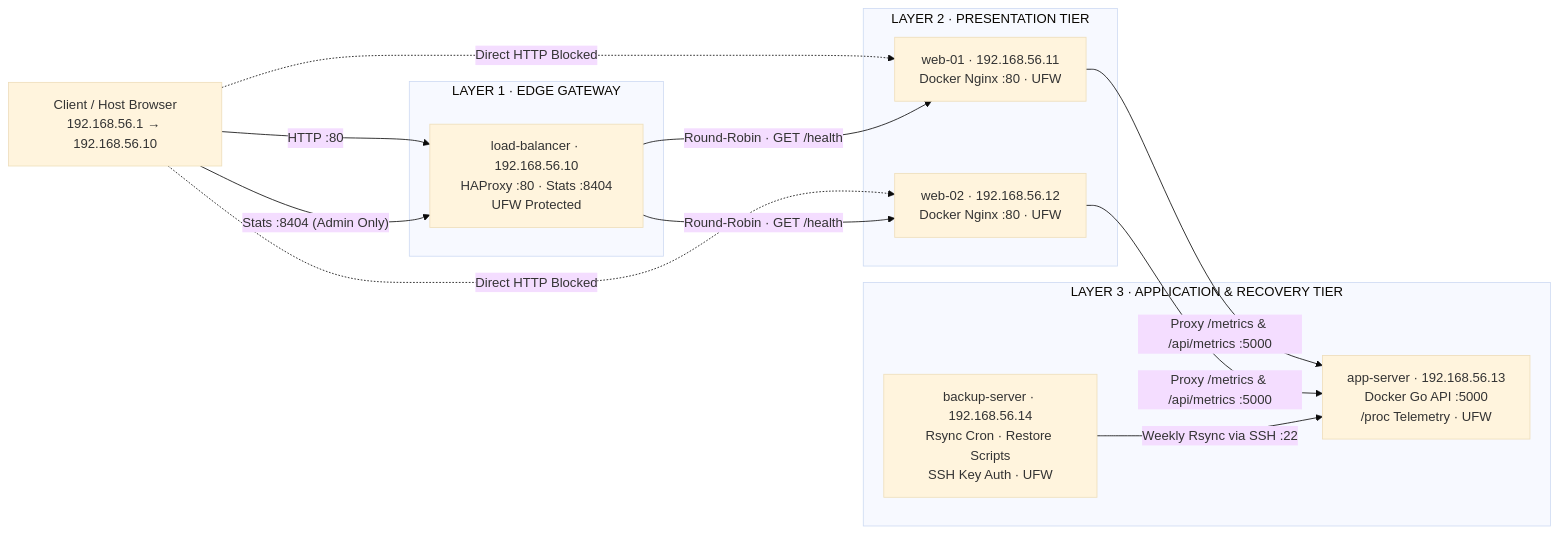
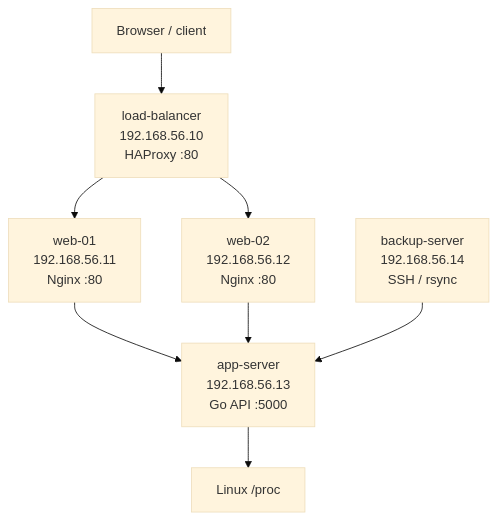
Before and after one commit to Mohan90s/infrastructure-insight: the diagram in README.md, drawn with Mermaid (base theme). The commit also changed other lines of this file, not shown here.

````diff
--- a/README.md
+++ b/README.md
@@ -117,30 +137,18 @@
 ```mermaid
-graph LR
-    Client["Client / Host Browser<br>192.168.56.1 → 192.168.56.10"]
+flowchart TD
+    Client["Browser / client"]
+    LB["load-balancer<br/>192.168.56.10<br/>HAProxy :80"]
+    WEB1["web-01<br/>192.168.56.11<br/>Nginx :80"]
+    WEB2["web-02<br/>192.168.56.12<br/>Nginx :80"]
+    APP["app-server<br/>192.168.56.13<br/>Go API :5000"]
+    PROC["Linux /proc"]
+    BKP["backup-server<br/>192.168.56.14<br/>SSH / rsync"]
 
-    subgraph Layer1["LAYER 1 · EDGE GATEWAY"]
-        LB["load-balancer · 192.168.56.10<br>HAProxy :80 · Stats :8404<br>UFW Protected"]
-    end
-
-    subgraph Layer2["LAYER 2 · PRESENTATION TIER"]
-        WEB1["web-01 · 192.168.56.11<br>Docker Nginx :80 · UFW"]
-        WEB2["web-02 · 192.168.56.12<br>Docker Nginx :80 · UFW"]
-    end
-
-    subgraph Layer3["LAYER 3 · APPLICATION & RECOVERY TIER"]
-        APP["app-server · 192.168.56.13<br>Docker Go API :5000<br>/proc Telemetry · UFW"]
-        BKP["backup-server · 192.168.56.14<br>Rsync Cron · Restore Scripts<br>SSH Key Auth · UFW"]
-    end
-
-    Client -->|"HTTP :80"| LB
-    Client -->|"Stats :8404 (Admin Only)"| LB
-    Client -.->|"Direct HTTP Blocked"| WEB1
-    Client -.->|"Direct HTTP Blocked"| WEB2
-
-    LB -->|"Round-Robin · GET /health"| WEB1
-    LB -->|"Round-Robin · GET /health"| WEB2
-
-    WEB1 -->|"Proxy /metrics & /api/metrics :5000"| APP
-    WEB2 -->|"Proxy /metrics & /api/metrics :5000"| APP
-    BKP -->|"Weekly Rsync via SSH :22"| APP
+    Client --> LB
+    LB --> WEB1
+    LB --> WEB2
+    WEB1 --> APP
+    WEB2 --> APP
+    APP --> PROC
+    BKP --> APP
 ```
````
